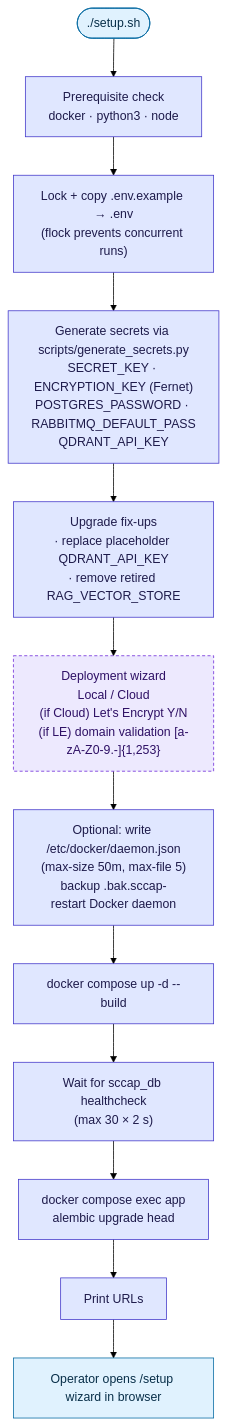
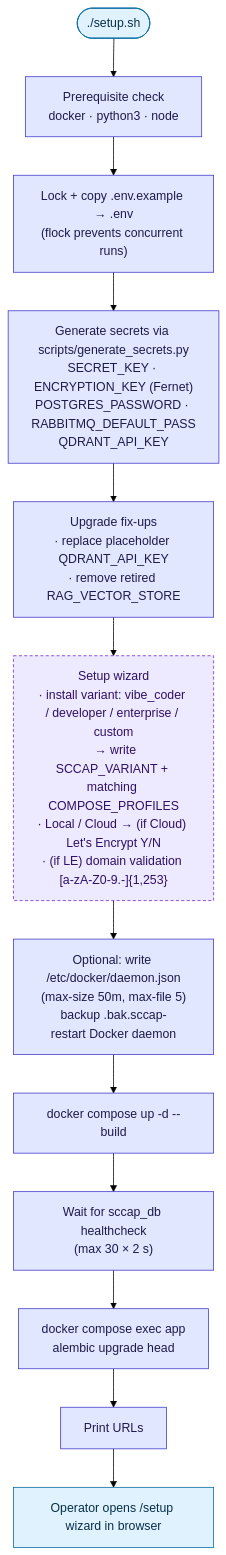
One commit to nerdy-krishna/ai-secure-coding-compliance-platform changed the second of 2 diagrams in docs/docs/architecture/diagrams/12-infrastructure-deployment.md. Above: the diagram before and after it, drawn with Mermaid (forest theme). The commit also changed other lines of this file and 2 other files, not shown here.

First line of the commit message:
docs(diagrams): refresh 02/11/12 for modular setup

````diff
--- a/docs/docs/architecture/diagrams/12-infrastructure-deployment.md
+++ b/docs/docs/architecture/diagrams/12-infrastructure-deployment.md
@@ -115,21 +115,21 @@
 ```mermaid
 flowchart TB
     S0([./setup.sh]):::edge
     S1["Prerequisite check<br/>docker · python3 · node"]:::app
     S2["Lock + copy .env.example → .env<br/>(flock prevents concurrent runs)"]:::app
     S3["Generate secrets via scripts/generate_secrets.py<br/>SECRET_KEY · ENCRYPTION_KEY (Fernet)<br/>POSTGRES_PASSWORD · RABBITMQ_DEFAULT_PASS<br/>QDRANT_API_KEY"]:::app
     S4["Upgrade fix-ups<br/>· replace placeholder QDRANT_API_KEY<br/>· remove retired RAG_VECTOR_STORE"]:::app
-    S5["Deployment wizard<br/>Local / Cloud<br/>(if Cloud) Let's Encrypt Y/N<br/>(if LE) domain validation [a-zA-Z0-9.-]{1,253}"]:::gate
+    S5["Setup wizard<br/>· install variant: vibe_coder / developer / enterprise / custom<br/>  → write SCCAP_VARIANT + matching COMPOSE_PROFILES<br/>· Local / Cloud → (if Cloud) Let's Encrypt Y/N<br/>· (if LE) domain validation [a-zA-Z0-9.-]{1,253}"]:::gate
     S6["Optional: write /etc/docker/daemon.json<br/>(max-size 50m, max-file 5)<br/>backup .bak.sccap-<ts><br/>restart Docker daemon"]:::app
     S7["docker compose up -d --build"]:::app
     S8["Wait for sccap_db healthcheck<br/>(max 30 × 2 s)"]:::app
     S9["docker compose exec app<br/>alembic upgrade head"]:::app
     S10["Print URLs"]:::app
     S11["Operator opens /setup wizard in browser"]:::edge
 
     S0 --> S1 --> S2 --> S3 --> S4 --> S5 --> S6 --> S7 --> S8 --> S9 --> S10 --> S11
 
     classDef app  fill:#e0e7ff,stroke:#4338ca,color:#1e1b4b;
     classDef edge fill:#e0f2fe,stroke:#0369a1,color:#082f49;
     classDef gate fill:#ede9fe,stroke:#6d28d9,color:#2e1065,stroke-dasharray: 4 3;
 ```
````
